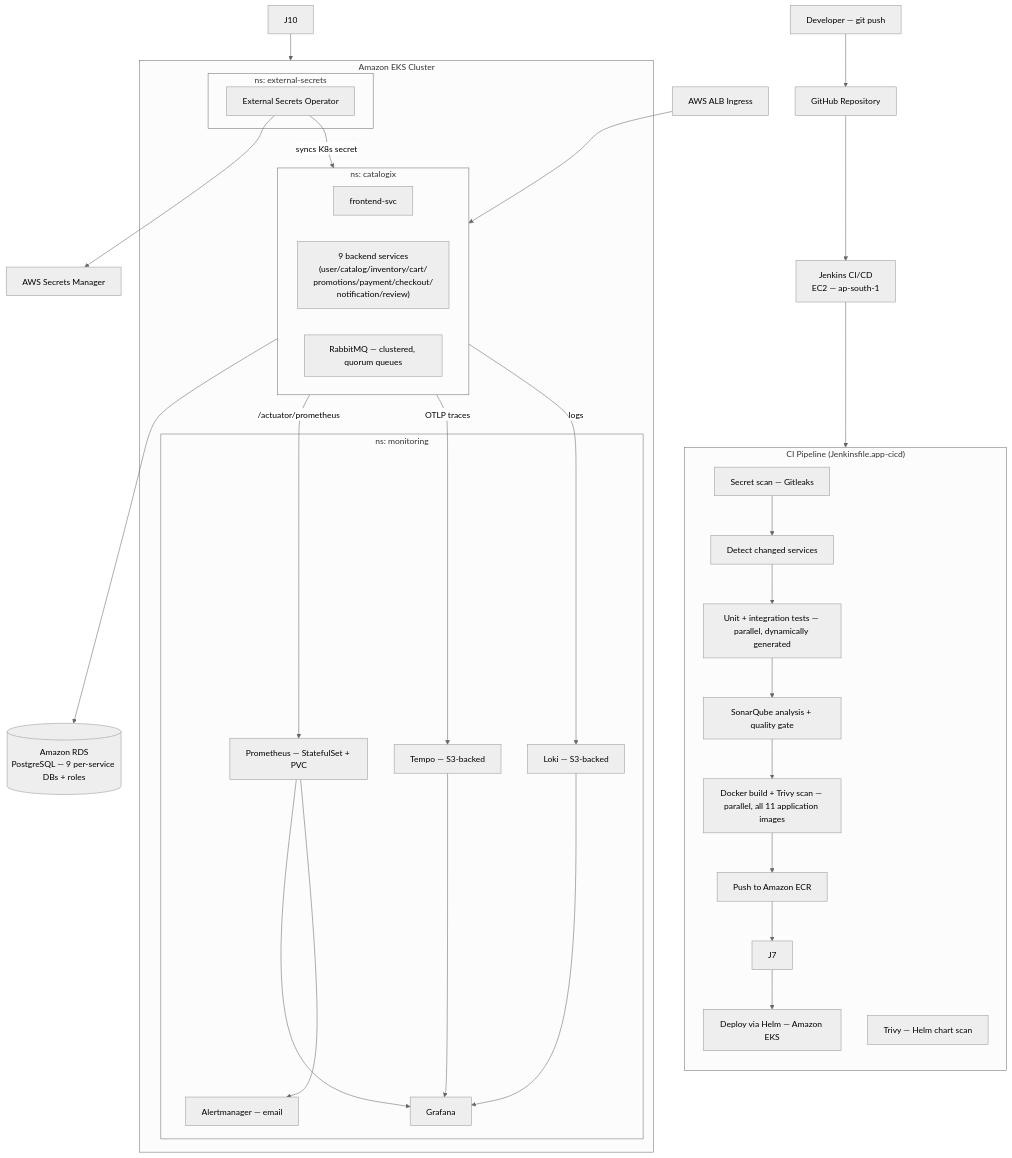
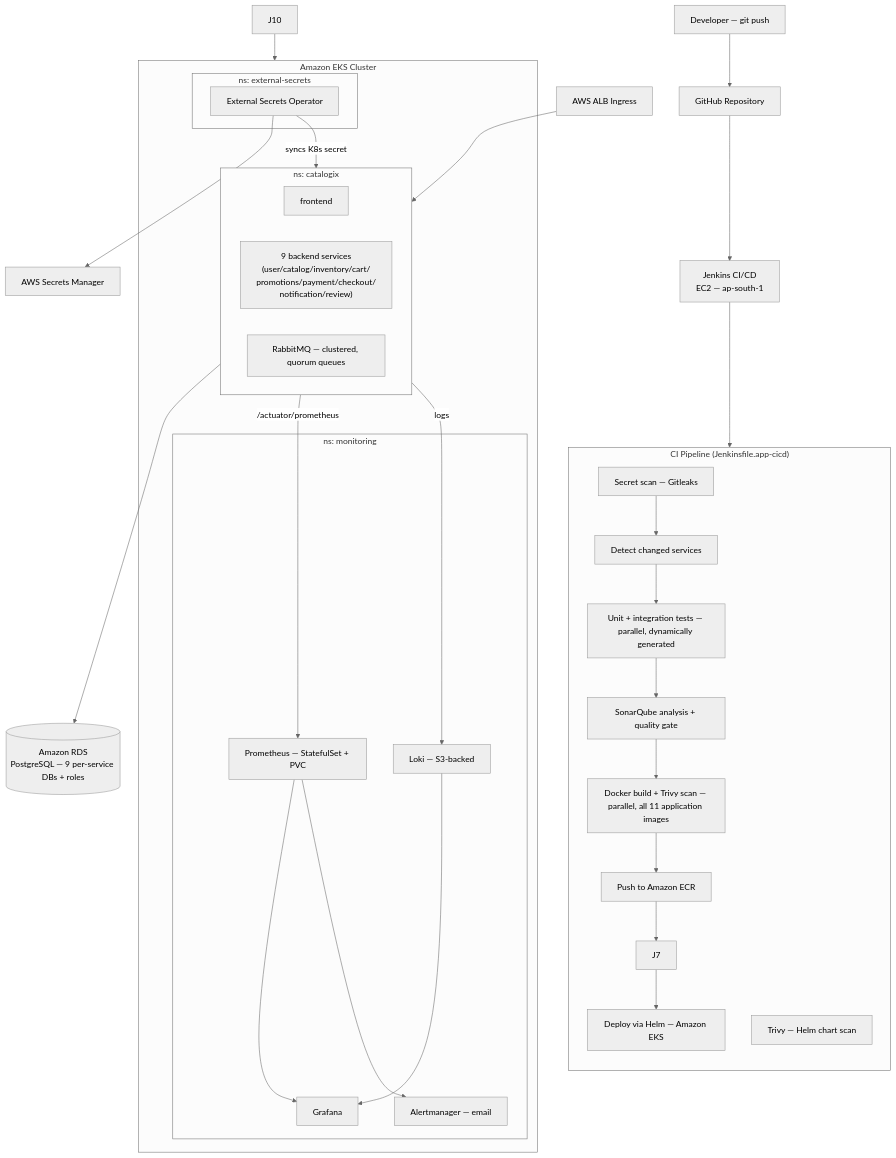
One commit to imshubhamkaushik/catalogix-microservices-java changed the diagram in DEVOPS.md. Above: the diagram before and after it, drawn with Mermaid (neutral theme). The commit also changed other lines of this file and 50 other files, not shown here.

````diff
--- a/DEVOPS.md
+++ b/DEVOPS.md
@@ -93,54 +92,51 @@
 ```mermaid
 flowchart TD
     Dev[Developer — git push] --> GitHub[GitHub Repository]
     GitHub --> Jenkins[Jenkins CI/CD\nEC2 — ap-south-1]
 
     subgraph CI["CI Pipeline (Jenkinsfile.app-cicd)"]
         direction TB
         J1[Secret scan — Gitleaks]
         J2[Detect changed services]
         J3[Unit + integration tests — parallel, dynamically generated]
 
         J4[SonarQube analysis + quality gate]
         J5[Docker build + Trivy scan — parallel, all 11 application images]
         J6[Push to Amazon ECR]
         J[Trivy — Helm chart scan]
 
         J8[Deploy via Helm — Amazon EKS]
         J1 --> J2 --> J3 --> J4 --> J5 --> J6 --> J7 --> J8
     end
 
     Jenkins --> CI
 
     subgraph EKS["Amazon EKS Cluster"]
         subgraph AppNS["ns: catalogix"]
-            FE[frontend-svc]
+            FE[frontend]
             SVCS["9 backend services\n(user/catalog/inventory/cart/\npromotions/payment/checkout/\nnotification/review)"]
             MQ[RabbitMQ — clustered, quorum queues]
         end
         subgraph MonNS["ns: monitoring"]
             Prom[Prometheus — StatefulSet + PVC]
             Graf[Grafana]
             AM[Alertmanager — email]
             Loki[Loki — S3-backed]
-            Tempo[Tempo — S3-backed]
         end
         subgraph ESO_NS["ns: external-secrets"]
             ESO[External Secrets Operator]
         end
     end
 
     J10 --> EKS
 
     ALB[AWS ALB Ingress] --> AppNS
     AppNS --> RDS[(Amazon RDS\nPostgreSQL — 9 per-service DBs + roles)]
     ESO --> SM[AWS Secrets Manager]
     ESO -->|syncs K8s secret| AppNS
     AppNS -->|/actuator/prometheus| Prom
-    AppNS -->|OTLP traces| Tempo
     AppNS -->|logs| Loki
     Prom --> Graf
     Loki --> Graf
-    Tempo --> Graf
     Prom --> AM
 ```
````
